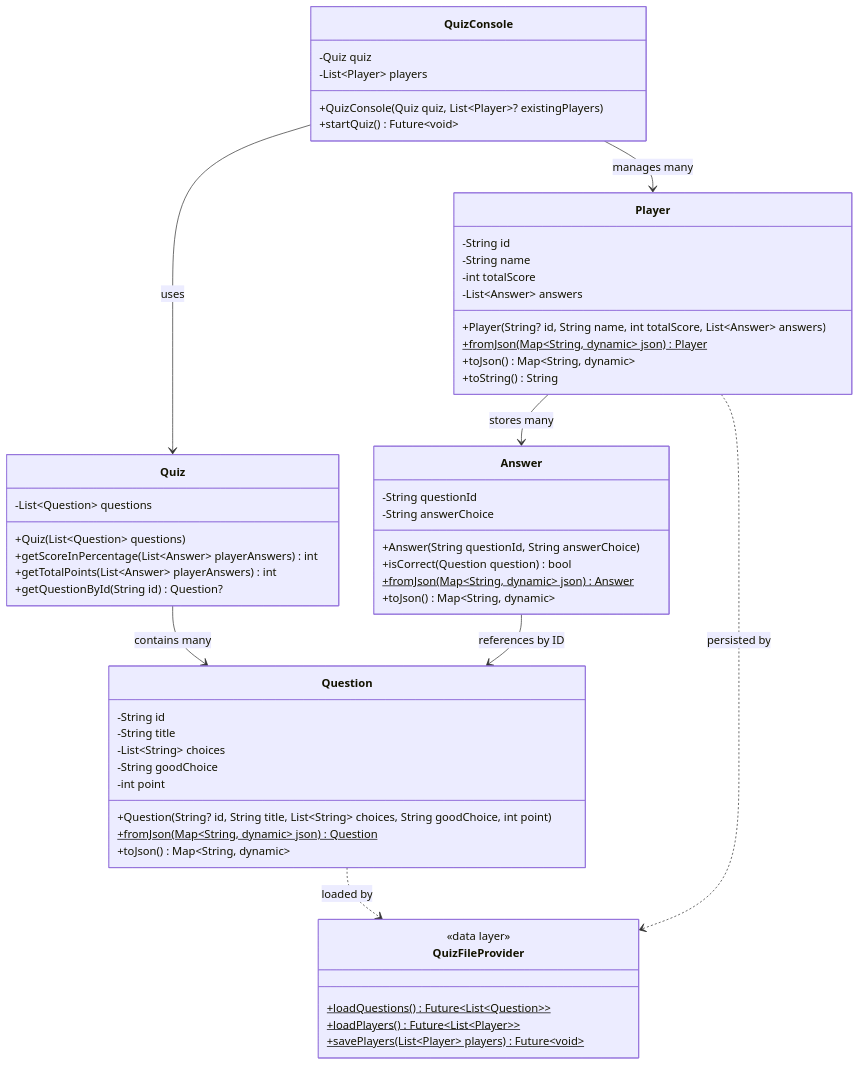
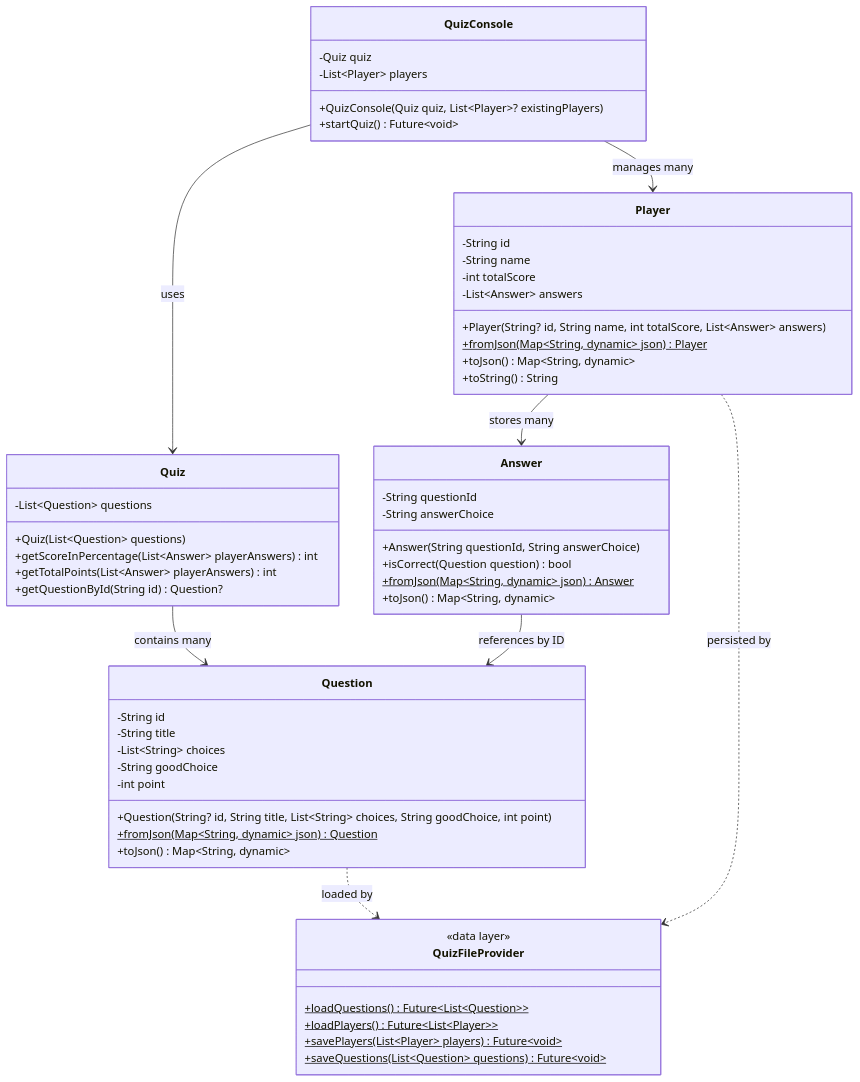
One commit to LK-Hour/Quiz changed the diagram in README.md. Above: the diagram before and after it, drawn with Mermaid. The commit also changed other lines of this file, not shown here.

Commit message:
Update UML Diagram

````diff
--- a/README.md
+++ b/README.md
@@ -35,63 +35,64 @@
 ```mermaid
 classDiagram
     class Question {
         -String id
         -String title
         -List~String~ choices
         -String goodChoice
         -int point
         +Question(String? id, String title, List~String~ choices, String goodChoice, int point)
         +fromJson(Map~String, dynamic~ json)$ Question
         +toJson() Map~String, dynamic~
     }
 
     class Answer {
         -String questionId
         -String answerChoice
         +Answer(String questionId, String answerChoice)
         +isCorrect(Question question) bool
         +fromJson(Map~String, dynamic~ json)$ Answer
         +toJson() Map~String, dynamic~
     }
 
     class Quiz {
         -List~Question~ questions
         +Quiz(List~Question~ questions)
         +getScoreInPercentage(List~Answer~ playerAnswers) int
         +getTotalPoints(List~Answer~ playerAnswers) int
         +getQuestionById(String id) Question?
     }
 
     class Player {
         -String id
         -String name
         -int totalScore
         -List~Answer~ answers
         +Player(String? id, String name, int totalScore, List~Answer~ answers)
         +fromJson(Map~String, dynamic~ json)$ Player
         +toJson() Map~String, dynamic~
         +toString() String
     }
 
     class QuizConsole {
         -Quiz quiz
         -List~Player~ players
         +QuizConsole(Quiz quiz, List~Player~? existingPlayers)
         +startQuiz() Future~void~
     }
 
     class QuizFileProvider {
         <<data layer>>
         +loadQuestions()$ Future~List~Question~~
         +loadPlayers()$ Future~List~Player~~
         +savePlayers(List~Player~ players)$ Future~void~
+        +saveQuestions(List~Question~ questions)$ Future~void~
     }
 
     Answer --> Question : references by ID
     Quiz --> Question : contains many
     QuizConsole --> Quiz : uses
     QuizConsole --> Player : manages many
     Player --> Answer : stores many
     Question ..> QuizFileProvider : loaded by
     Player ..> QuizFileProvider : persisted by
 ```
````
